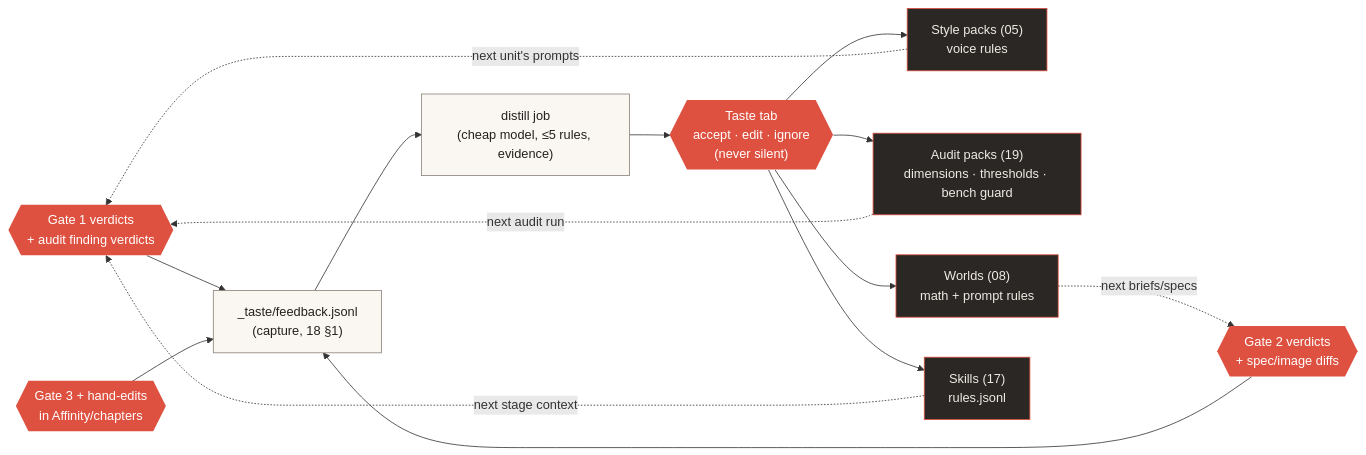
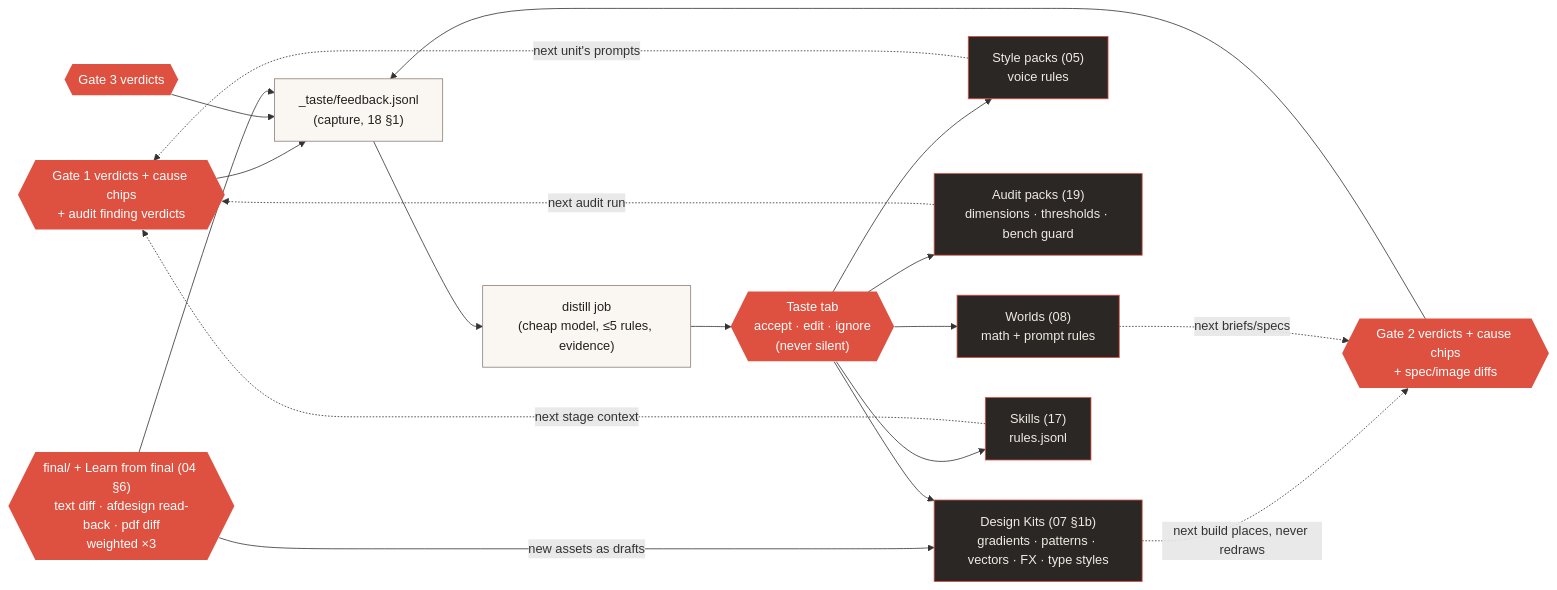
One commit to bsbbera/quire changed the second of 2 diagrams in analysis/workflow.md. Above: the diagram before and after it, drawn with Mermaid. The commit also changed other lines of this file and 31 other files, not shown here.

````diff
--- a/analysis/workflow.md
+++ b/analysis/workflow.md
@@ -91,29 +110,34 @@
 ```mermaid
 flowchart LR
-  G1{{"Gate 1 verdicts<br/>+ audit finding verdicts"}}:::gate
-  G2{{"Gate 2 verdicts<br/>+ spec/image diffs"}}:::gate
-  G3{{"Gate 3 + hand-edits<br/>in Affinity/chapters"}}:::gate
+  G1{{"Gate 1 verdicts + cause chips<br/>+ audit finding verdicts"}}:::gate
+  G2{{"Gate 2 verdicts + cause chips<br/>+ spec/image diffs"}}:::gate
+  G3{{"Gate 3 verdicts"}}:::gate
+  FIN{{"final/ + Learn from final (04 §6)<br/>text diff · afdesign read-back · pdf diff<br/>weighted ×3"}}:::gate
 
   FEED["_taste/feedback.jsonl<br/>(capture, 18 §1)"]:::stage
   DISTILL["distill job<br/>(cheap model, ≤5 rules, evidence)"]:::stage
   APPROVE{{"Taste tab<br/>accept · edit · ignore<br/>(never silent)"}}:::gate
 
   G1 --> FEED
   G2 --> FEED
   G3 --> FEED
+  FIN --> FEED
   FEED --> DISTILL --> APPROVE
+  FIN -- "new assets as drafts" --> KIT["Design Kits (07 §1b)<br/>gradients · patterns · vectors · FX · type styles"]:::final
 
   APPROVE --> SP["Style packs (05)<br/>voice rules"]:::final
   APPROVE --> AP["Audit packs (19)<br/>dimensions · thresholds · bench guard"]:::final
   APPROVE --> WR["Worlds (08)<br/>math + prompt rules"]:::final
+  APPROVE --> KIT
   APPROVE --> SK["Skills (17)<br/>rules.jsonl"]:::final
+  KIT -. "next build places, never redraws" .-> G2
 
   SP -. "next unit's prompts" .-> G1
   AP -. "next audit run" .-> G1
   WR -. "next briefs/specs" .-> G2
   SK -. "next stage context" .-> G1
 
   classDef stage fill:#FAF7F3,stroke:#8B8078,color:#23201D
   classDef gate fill:#DE5140,stroke:none,color:#fff
   classDef final fill:#2A2724,stroke:#DE5140,color:#F0EAE3
 ```
````
